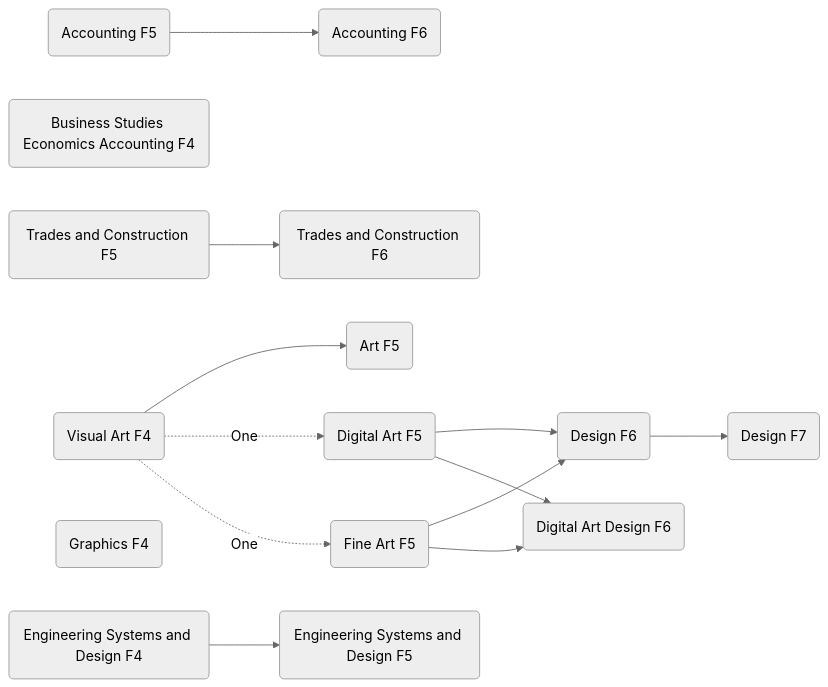
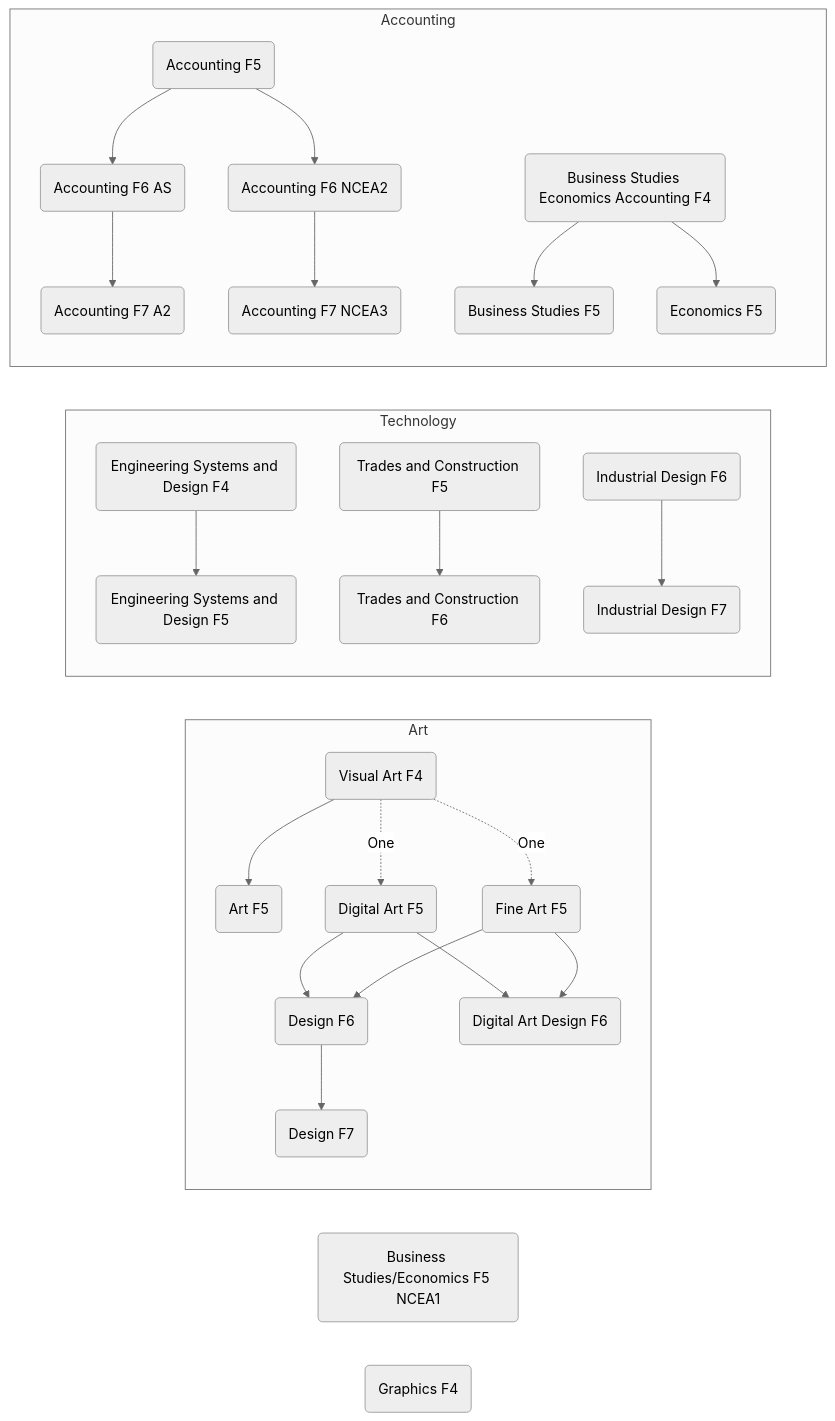
Before and after one commit to cszhe/ags: the diagram in course.md, drawn with Mermaid (neutral theme).

Commit message:
commerce

````diff
--- a/course.md
+++ b/course.md
@@ -1,32 +1,51 @@
 ```mermaid
 graph LR
     ACC5(Accounting F5)
-    ACC6(Accounting F6)
+    ACC6A(Accounting F6 AS)
+    ACC6N(Accounting F6 NCEA2)
+    ACC7A(Accounting F7 A2)
+    ACC7N(Accounting F7 NCEA3)
     ART5(Art F5)
     BEA4(Business Studies Economics Accounting F4)
+    BUS5(Business Studies F5)
+    COM5(Business Studies/Economics F5 NCEA1)
     CON5(Trades and Construction F5)
     CON6(Trades and Construction F6)
     DAD6(Digital Art Design F6)
     DAR5(Digital Art F5)
     DES6(Design F6)
     DES7(Design F7)
+    ECO5(Economics F5)
     ESD4(Engineering Systems and Design F4)
     ESD5(Engineering Systems and Design F5)
     FAR5(Fine Art F5)
     GRA4(Graphics F4)
+    IND6(Industrial Design F6)
+    IND7(Industrial Design F7)
     VIS4(Visual Art F4)
-   
 
-    ESD4 --> ESD5
-    CON5 --> CON6
-    ACC5 --> ACC6
-    VIS4 --> ART5
-    VIS4 -.->|One| DAR5
-    VIS4 -.->|One| FAR5
-    DAR5 --> DES6
-    FAR5 --> DES6
-    DAR5 --> DAD6
-    FAR5 --> DAD6
-    DES6 --> DES7
+    subgraph Art
+        VIS4 --> ART5
+        VIS4 -.->|One| DAR5
+        VIS4 -.->|One| FAR5
+        DAR5 --> DES6
+        FAR5 --> DES6
+        DAR5 --> DAD6
+        FAR5 --> DAD6
+        DES6 --> DES7
+    end
+
+    subgraph Technology
+        ESD4 --> ESD5
+        CON5 --> CON6
+        IND6 --> IND7
+    end
+
+    subgraph Accounting
+        ACC5 --> ACC6A --> ACC7A
+        ACC5 --> ACC6N --> ACC7N
+        BEA4 --> BUS5
+        BEA4 --> ECO5
+    end
 
 ```
````
